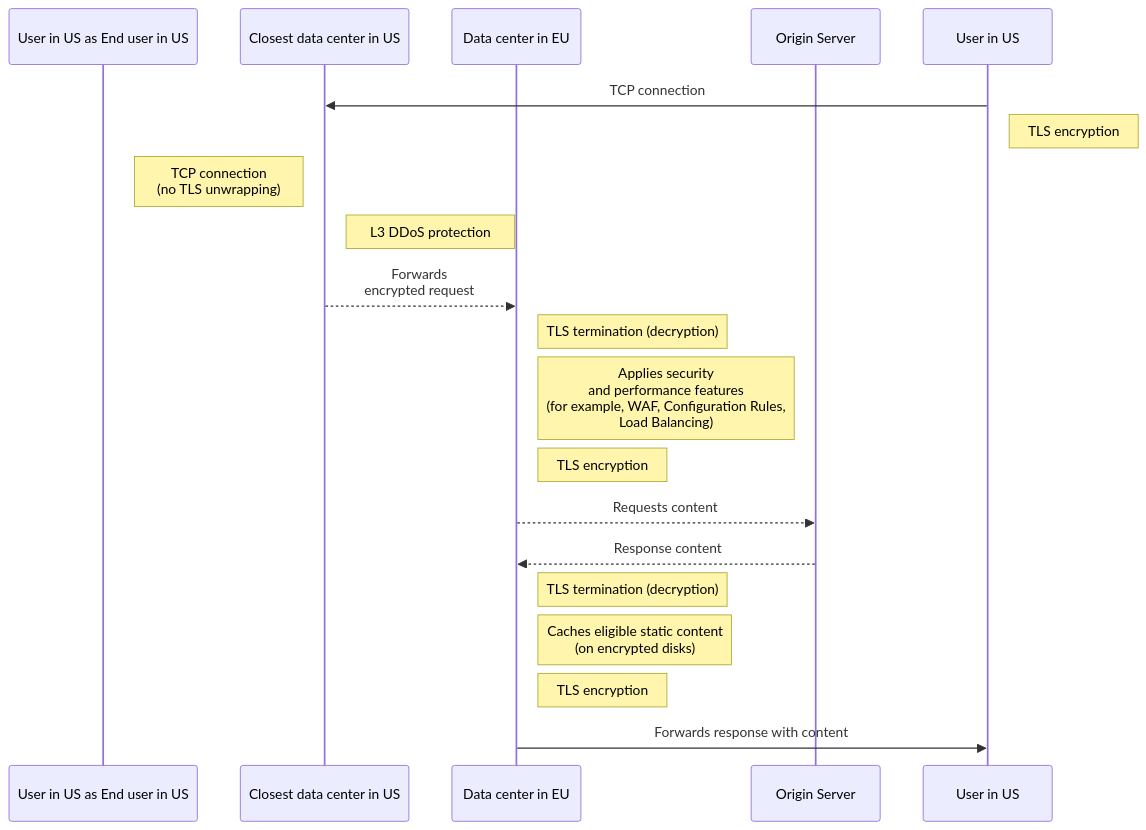
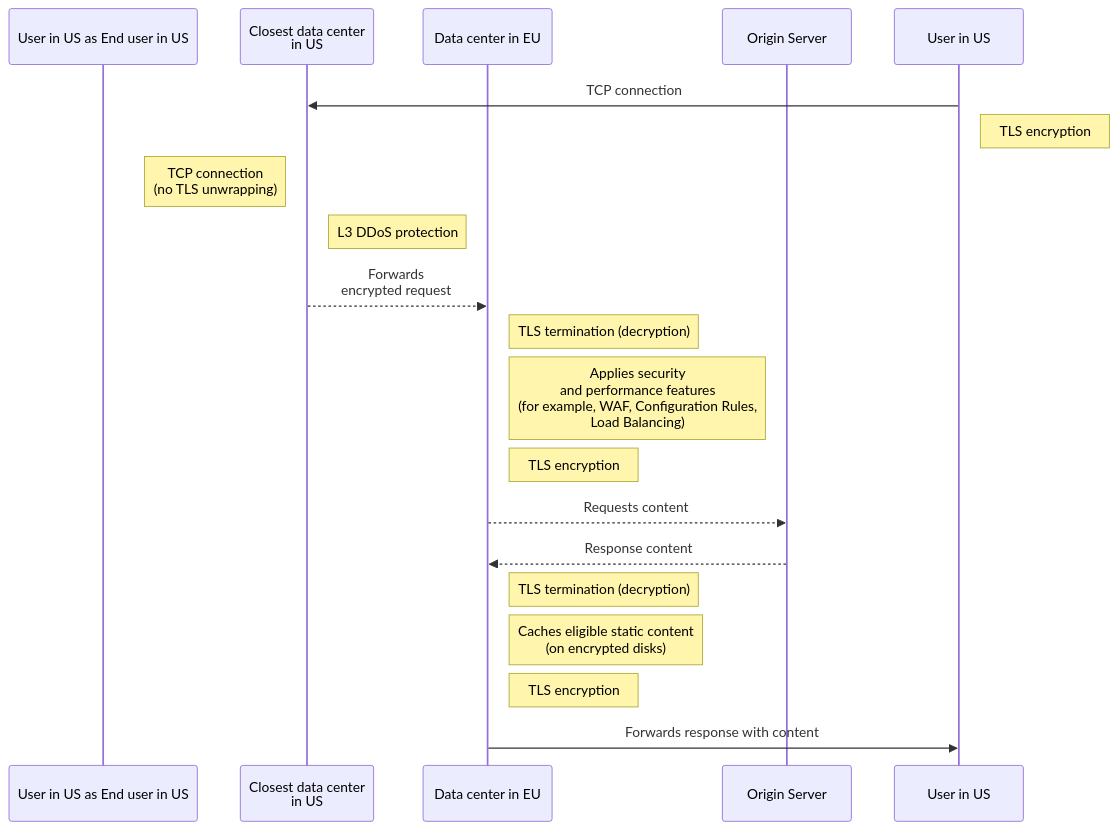
Before and after one commit to rdhanarot/cloudflare-docs: the diagram in content/data-localization/regional-services/_index.md, drawn with Mermaid.

Commit message:
Small format fix on mermaid chart (#13407)

````diff
--- a/content/data-localization/regional-services/_index.md
+++ b/content/data-localization/regional-services/_index.md
@@ -33,22 +33,22 @@
 ```mermaid
 sequenceDiagram
     participant User in US as End user in US
-    participant CloudflarePoPNYC as Closest data center in US
+    participant CloudflarePoPNYC as Closest data center <br> in US
     participant CloudflarePoPDUB as Data center in EU
     participant EUOriginServer as Origin Server
  
     User in US->>CloudflarePoPNYC: TCP connection
     Note right of User in US: TLS encryption
     Note left of CloudflarePoPNYC: TCP connection<br> (no TLS unwrapping)
     Note right of CloudflarePoPNYC: L3 DDoS protection
     CloudflarePoPNYC-->>CloudflarePoPDUB: Forwards<br> encrypted request
     Note right of CloudflarePoPDUB: TLS termination (decryption)
     Note right of CloudflarePoPDUB: Applies security<br> and performance features<br> (for example, WAF, Configuration Rules, <br>Load Balancing)
     Note right of CloudflarePoPDUB: TLS encryption
     CloudflarePoPDUB-->>EUOriginServer: Requests content
     EUOriginServer-->>CloudflarePoPDUB: Response content
     Note right of CloudflarePoPDUB: TLS termination (decryption)
     Note right of CloudflarePoPDUB: Caches eligible static content<br> (on encrypted disks)
     Note right of CloudflarePoPDUB: TLS encryption
     CloudflarePoPDUB->>User in US: Forwards response with content
 ```
````
